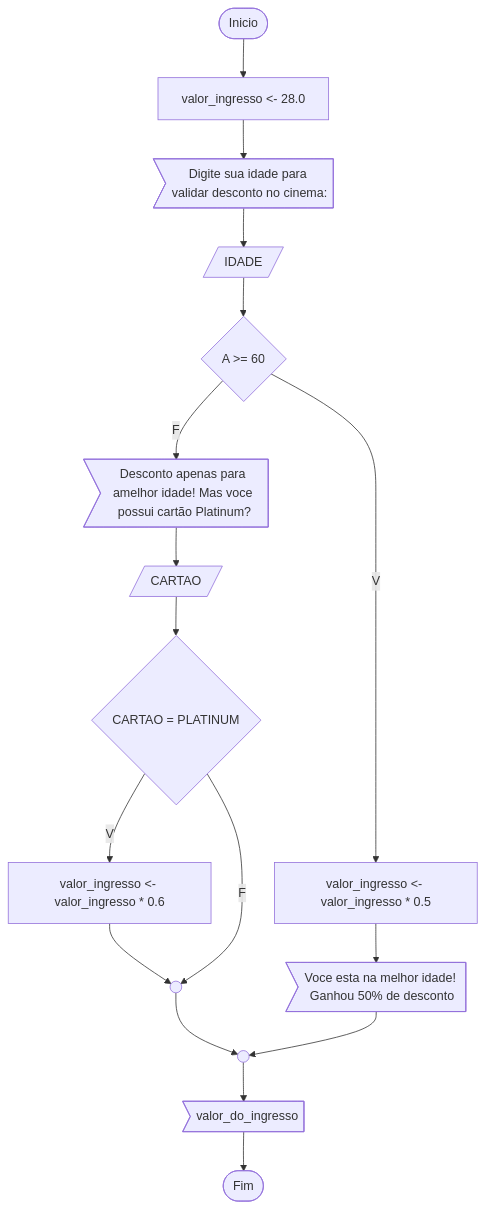
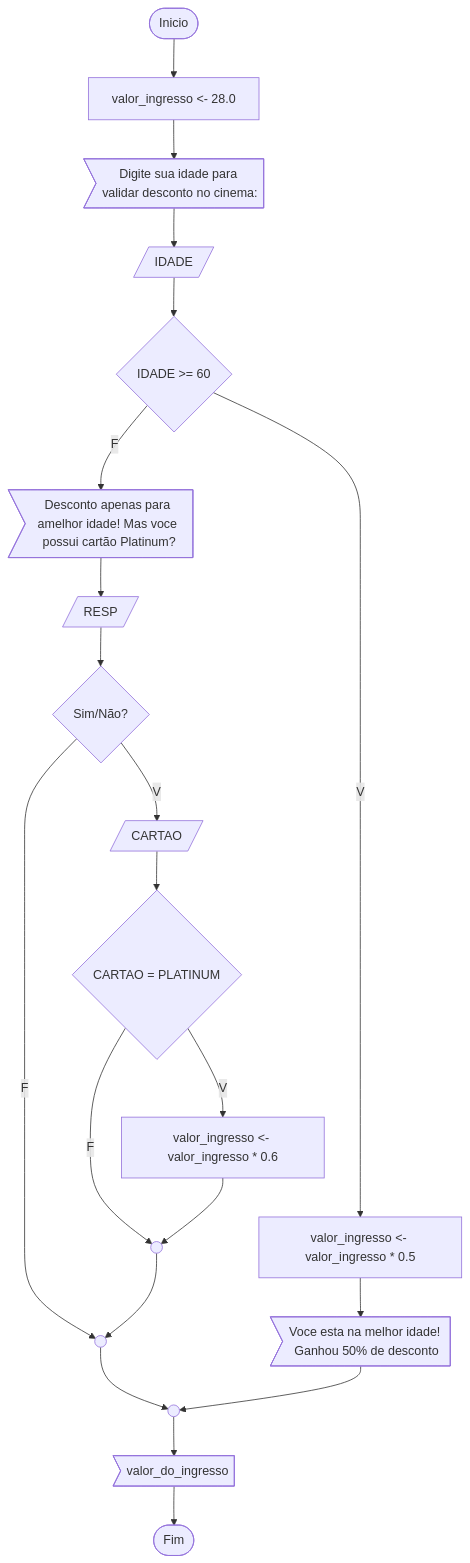
Before and after one commit to Escola-VR/evr2: the third of 3 diagrams in aulas/aula6.md, drawn with Mermaid. The commit also changed other lines of this file, not shown here.

````diff
--- a/aulas/aula6.md
+++ b/aulas/aula6.md
@@ -90,34 +92,41 @@
 ```mermaid
 flowchart TB
     in([Inicio])
     a1[valor_ingresso <- 28.0]
     s1>Digite sua idade para validar desconto no cinema:]
     e1[/IDADE/]
-    d1{A >= 60}
+    d1{IDADE >= 60}
     s2>Voce esta na melhor idade! Ganhou 50% de desconto]
     p1[valor_ingresso <- valor_ingresso * 0.5]
     s3>valor_do_ingresso]
     s4>Desconto apenas para amelhor idade! Mas voce possui cartão Platinum?]
     e2[/CARTAO/]
     d2{CARTAO = PLATINUM}
+    e3[/RESP/]
+    d3{Sim/Não?}
     p2[valor_ingresso <- valor_ingresso * 0.6]
     c1(( ))
     c2(( ))
+    c3(( ))
     in --> a1
     a1 --> s1
     s1 --> e1
     e1 --> d1
     d1 --F--> s4
-    s4 --> e2
+    s4 --> e3
+    e3 --> d3
+    d3 --V--> e2
+    d3 --F--> c3
     e2 --> d2
+    d2 --F--> c2
     d2 --V--> p2
     p2 --> c2
-    c2 --> c1
-    d2 --F--> c2
+    c2 --> c3
+    c3 --> c1
     d1 --V--> p1
     p1 --> s2
     s2 --> c1
     c1 --> s3
     s3 --> fn
     fn([Fim])
 ```
````
